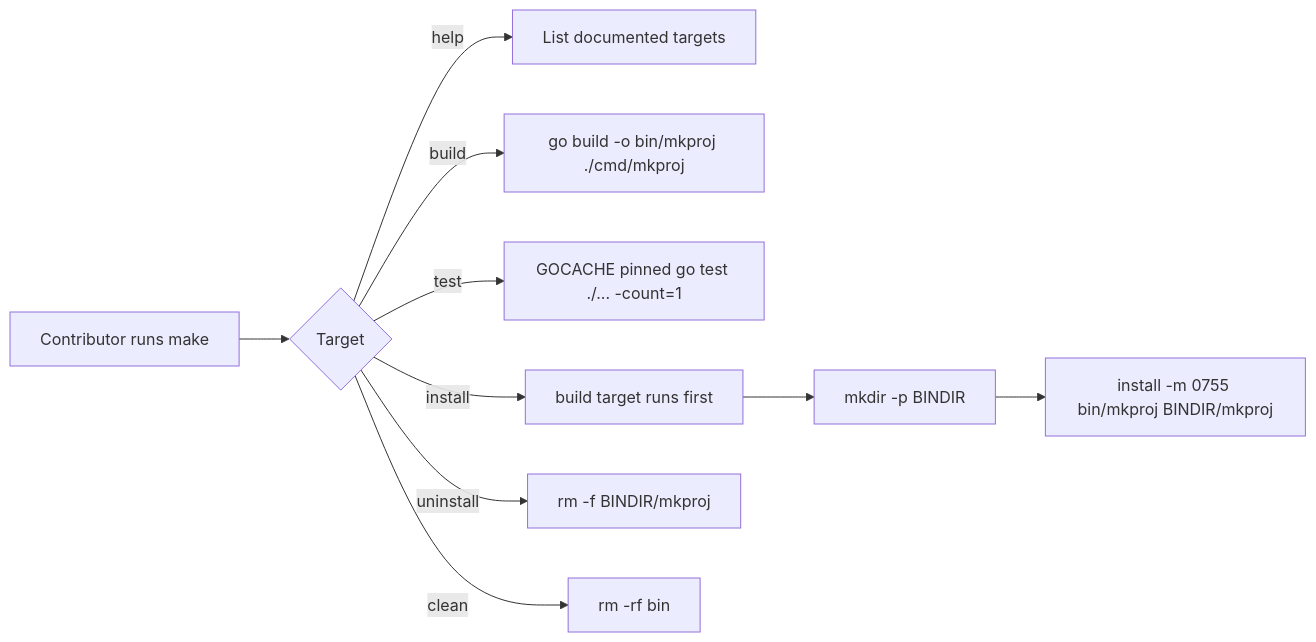
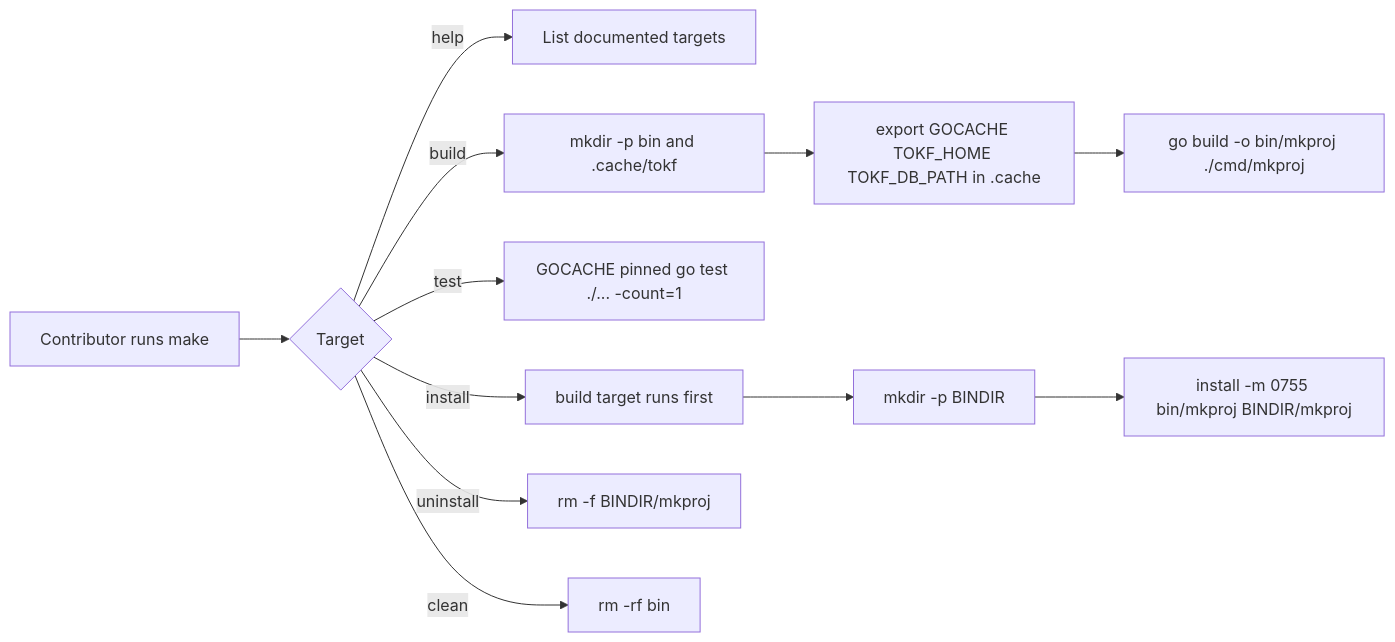
The diagram in docs/superpowers/plans/2026-06-24-mkproj-make-install-plan.md (AvogadroSG1/agentic_template_start), drawn with Mermaid before and after one commit. The commit also changed other lines of this file and 2 other files, not shown here.

Commit message:
docs: align make install cache contract

````diff
--- a/docs/superpowers/plans/2026-06-24-mkproj-make-install-plan.md
+++ b/docs/superpowers/plans/2026-06-24-mkproj-make-install-plan.md
@@ -26,12 +27,14 @@
 ```mermaid
 flowchart LR
     A[Contributor runs make] --> B{Target}
     B -->|help| C[List documented targets]
-    B -->|build| D[go build -o bin/mkproj ./cmd/mkproj]
-    B -->|test| E[GOCACHE pinned go test ./... -count=1]
-    B -->|install| F[build target runs first]
-    F --> G[mkdir -p BINDIR]
-    G --> H[install -m 0755 bin/mkproj BINDIR/mkproj]
-    B -->|uninstall| I[rm -f BINDIR/mkproj]
-    B -->|clean| J[rm -rf bin]
+    B -->|build| D[mkdir -p bin and .cache/tokf]
+    D --> E[export GOCACHE TOKF_HOME TOKF_DB_PATH in .cache]
+    E --> F[go build -o bin/mkproj ./cmd/mkproj]
+    B -->|test| G[GOCACHE pinned go test ./... -count=1]
+    B -->|install| H[build target runs first]
+    H --> I[mkdir -p BINDIR]
+    I --> J[install -m 0755 bin/mkproj BINDIR/mkproj]
+    B -->|uninstall| K[rm -f BINDIR/mkproj]
+    B -->|clean| L[rm -rf bin]
 ```
````
